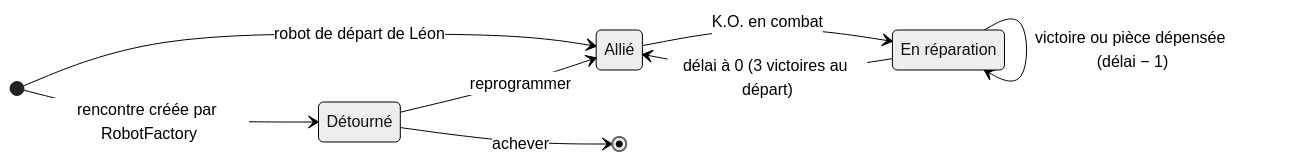
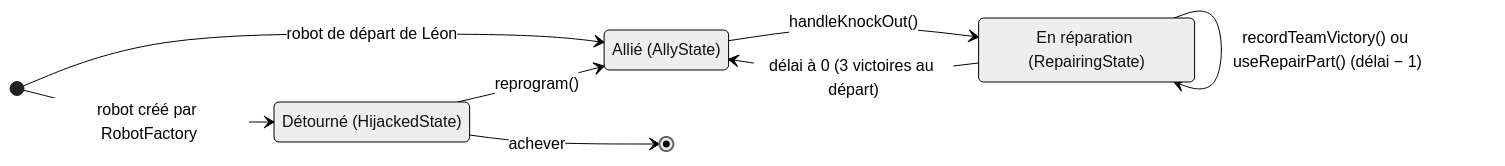
One commit to ValentinBassot/2D-Game changed the third of 11 diagrams in docs/uml.md. Above: the diagram before and after it, drawn with Mermaid (neutral theme). The commit also changed other lines of this file, not shown here.

Commit message:
docs(uml): sync the UML diagrams with the current code

````diff
--- a/docs/uml.md
+++ b/docs/uml.md
@@ -186,16 +249,16 @@
 ```mermaid
 stateDiagram-v2
     direction LR
 
-    state "Détourné" as Hijacked
-    state "Allié" as Ally
-    state "En réparation" as Repairing
+    state "Détourné (HijackedState)" as Hijacked
+    state "Allié (AllyState)" as Ally
+    state "En réparation (RepairingState)" as Repairing
 
-    [*] --> Hijacked : rencontre créée par RobotFactory
+    [*] --> Hijacked : robot créé par RobotFactory
     [*] --> Ally : robot de départ de Léon
-    Hijacked --> Ally : reprogrammer
+    Hijacked --> Ally : reprogram()
     Hijacked --> [*] : achever
-    Ally --> Repairing : K.O. en combat
-    Repairing --> Repairing : victoire ou pièce dépensée (délai − 1)
+    Ally --> Repairing : handleKnockOut()
+    Repairing --> Repairing : recordTeamVictory() ou useRepairPart() (délai − 1)
     Repairing --> Ally : délai à 0 (3 victoires au départ)
 ```
````
